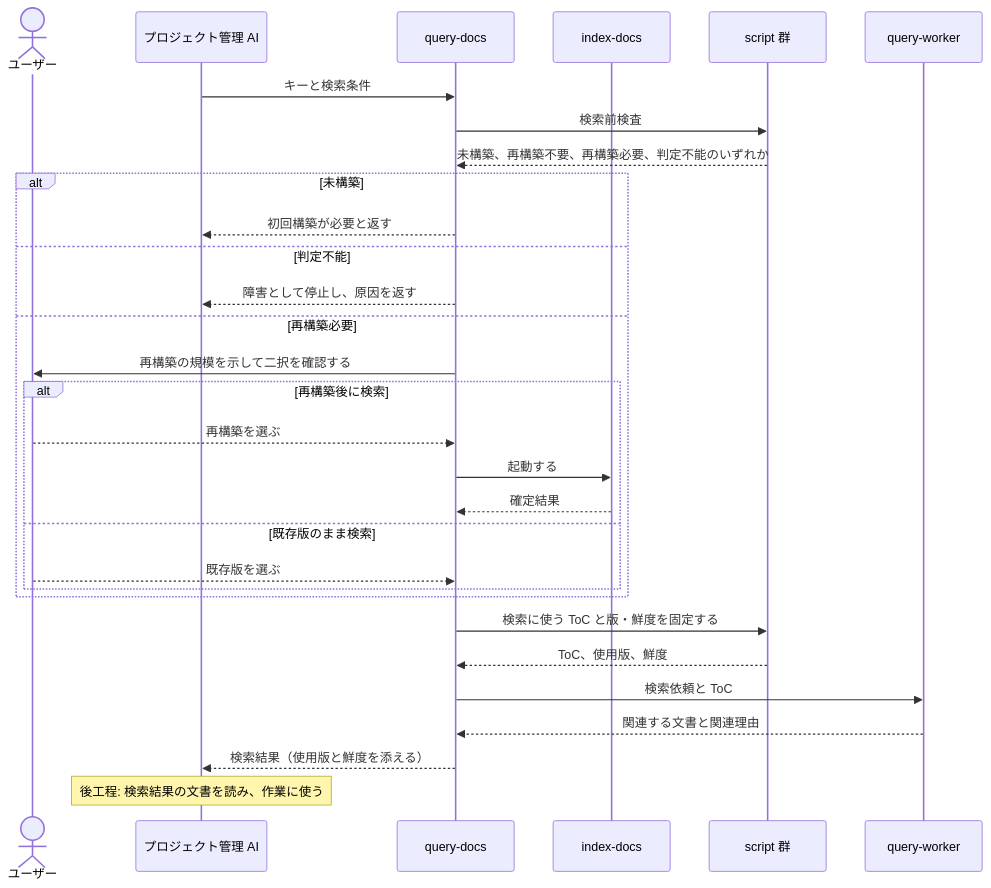
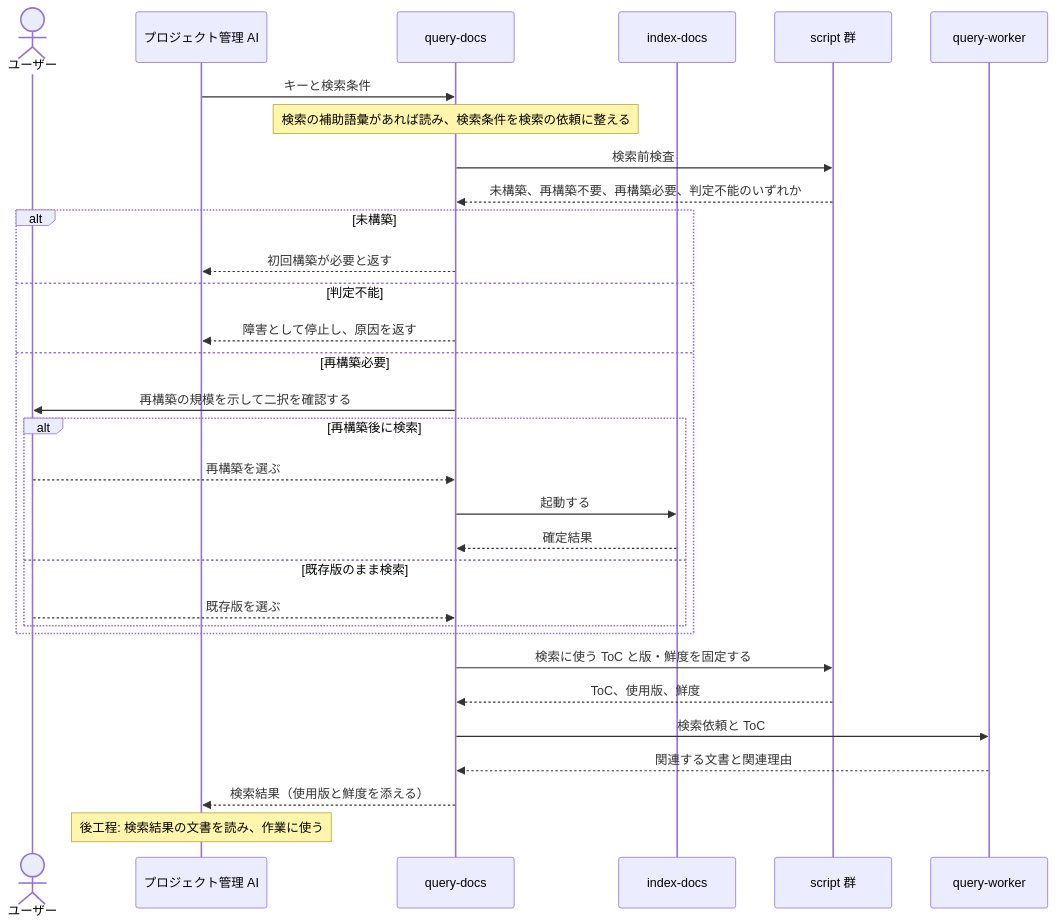
One commit to BlueEventHorizon/doc-link changed the fourth of 9 diagrams in docs/specs/design/DES-010_skill-composition.md. Above: the diagram before and after it, drawn with Mermaid. The commit also changed other lines of this file and 23 other files, not shown here.

````diff
--- a/docs/specs/design/DES-010_skill-composition.md
+++ b/docs/specs/design/DES-010_skill-composition.md
@@ -210,33 +214,34 @@
 ```mermaid
 sequenceDiagram
     actor User as ユーザー
     participant PM as プロジェクト管理 AI
     participant Skill as query-docs
     participant Index as index-docs
     participant Scripts as script 群
     participant Worker as query-worker
 
     PM->>Skill: キーと検索条件
+    Note over Skill: 検索の補助語彙があれば読み、検索条件を検索の依頼に整える
     Skill->>Scripts: 検索前検査
     Scripts-->>Skill: 未構築、再構築不要、再構築必要、判定不能のいずれか
     alt 未構築
         Skill-->>PM: 初回構築が必要と返す
     else 判定不能
         Skill-->>PM: 障害として停止し、原因を返す
     else 再構築必要
         Skill->>User: 再構築の規模を示して二択を確認する
         alt 再構築後に検索
             User-->>Skill: 再構築を選ぶ
             Skill->>Index: 起動する
             Index-->>Skill: 確定結果
         else 既存版のまま検索
             User-->>Skill: 既存版を選ぶ
         end
     end
     Skill->>Scripts: 検索に使う ToC と版・鮮度を固定する
     Scripts-->>Skill: ToC、使用版、鮮度
     Skill->>Worker: 検索依頼と ToC
     Worker-->>Skill: 関連する文書と関連理由
     Skill-->>PM: 検索結果（使用版と鮮度を添える）
     Note over PM: 後工程: 検索結果の文書を読み、作業に使う
 ```
````
